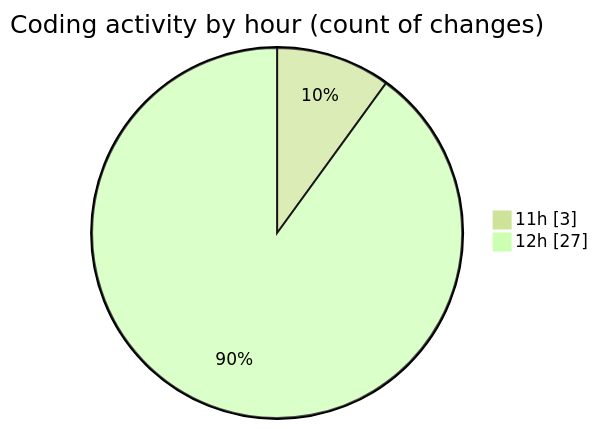
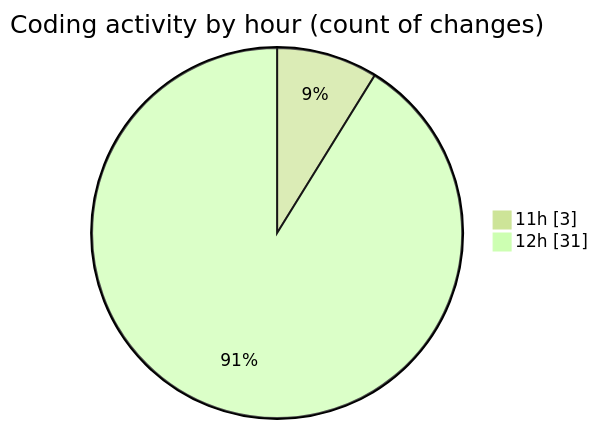
The second of 2 diagrams in 2025-05-07/nxtqube_webapp/README.md (nxtqubesakshisongat/code-tracking), drawn with Mermaid (forest theme) before and after one commit. The commit also changed other lines of this file and 1 other file, not shown here.

````diff
--- a/2025-05-07/nxtqube_webapp/README.md
+++ b/2025-05-07/nxtqube_webapp/README.md
@@ -28,6 +28,6 @@
 ```mermaid
 pie showData
 title Coding activity by hour (count of changes)
 "11h" : 3
-"12h" : 27
+"12h" : 31
 ```
````
